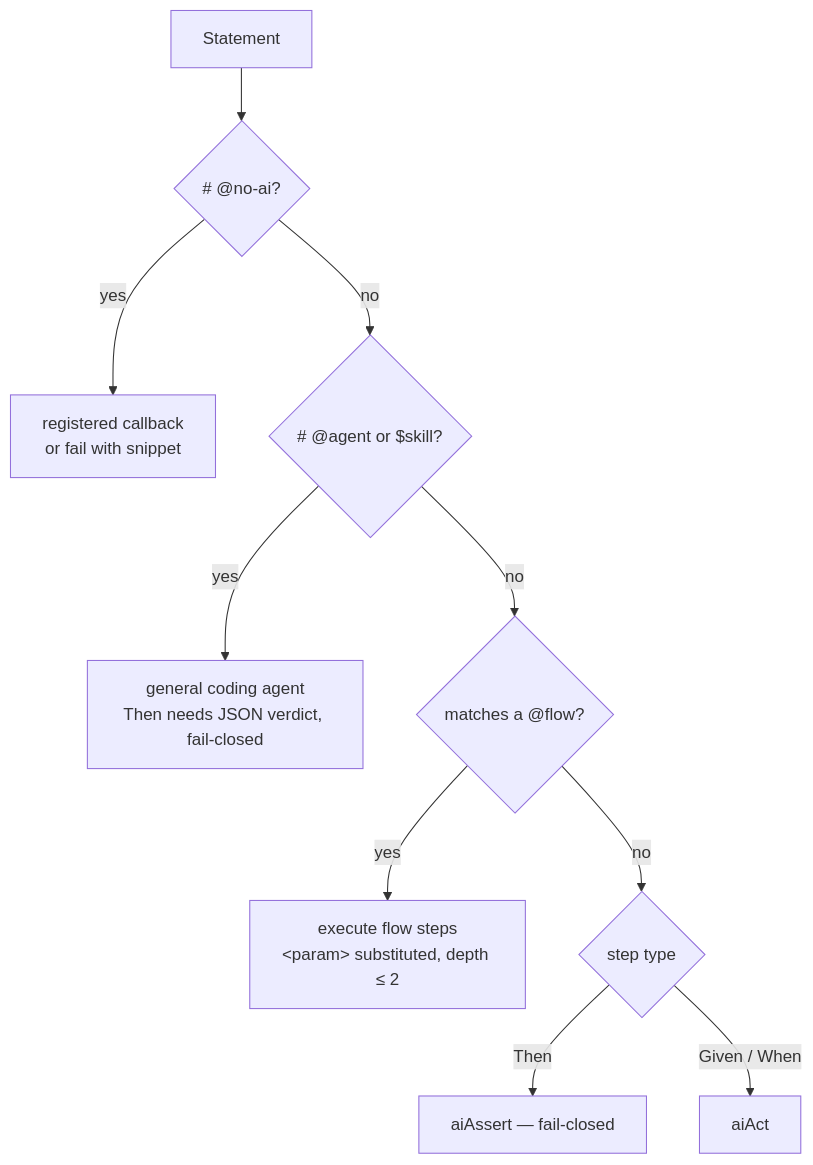
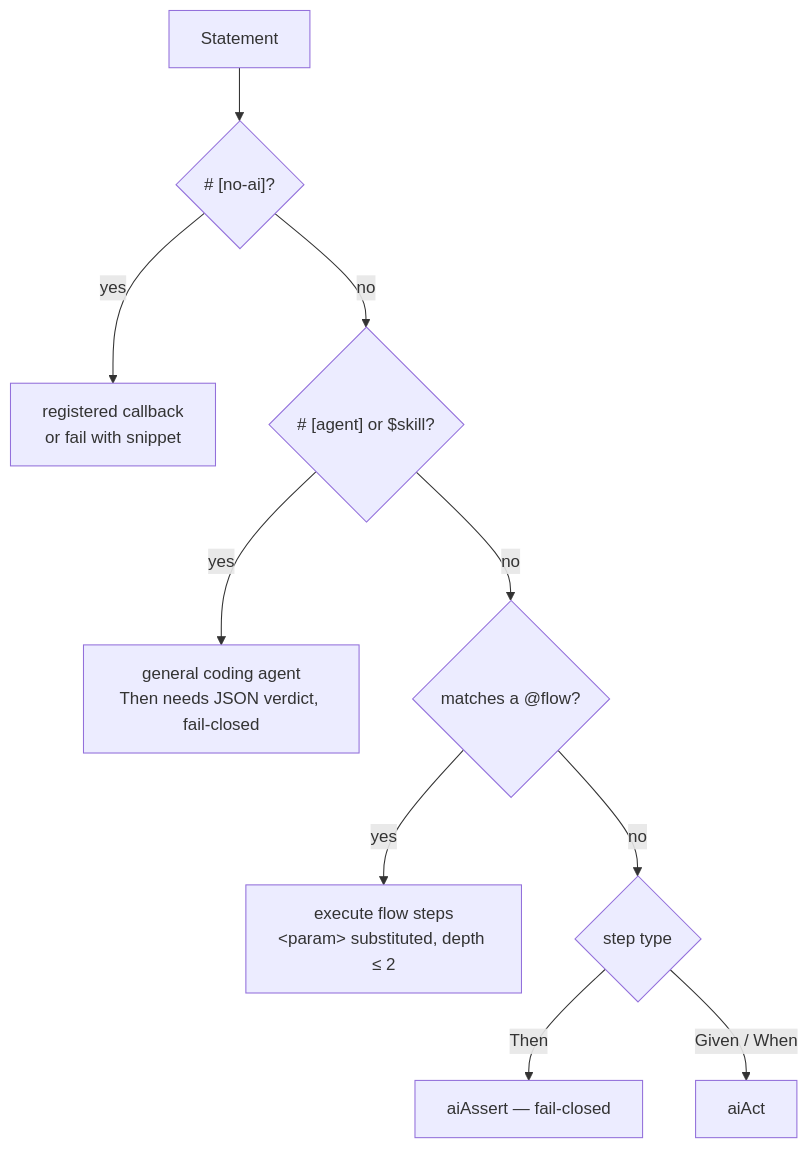
The diagram in packages/bdd/README.md (web-infra-dev/midscene), drawn with Mermaid before and after one commit. The commit also changed other lines of this file and 24 other files, not shown here.

````diff
--- a/packages/bdd/README.md
+++ b/packages/bdd/README.md
@@ -247,12 +249,12 @@
 ```mermaid
 flowchart TD
-    S[Statement] --> A{"# @no-ai?"}
+    S[Statement] --> A{"# [no-ai]?"}
     A -- yes --> CB[registered callback<br/>or fail with snippet]
-    A -- no --> B{"# @agent or $skill?"}
+    A -- no --> B{"# [agent] or $skill?"}
     B -- yes --> GA[general coding agent<br/>Then needs JSON verdict, fail-closed]
     B -- no --> C{matches a @flow?}
     C -- yes --> FL[execute flow steps<br/>&lt;param&gt; substituted, depth ≤ 2]
     C -- no --> E{step type}
     E -- Then --> AS[aiAssert — fail-closed]
     E -- Given / When --> ACT[aiAct]
 ```
````
